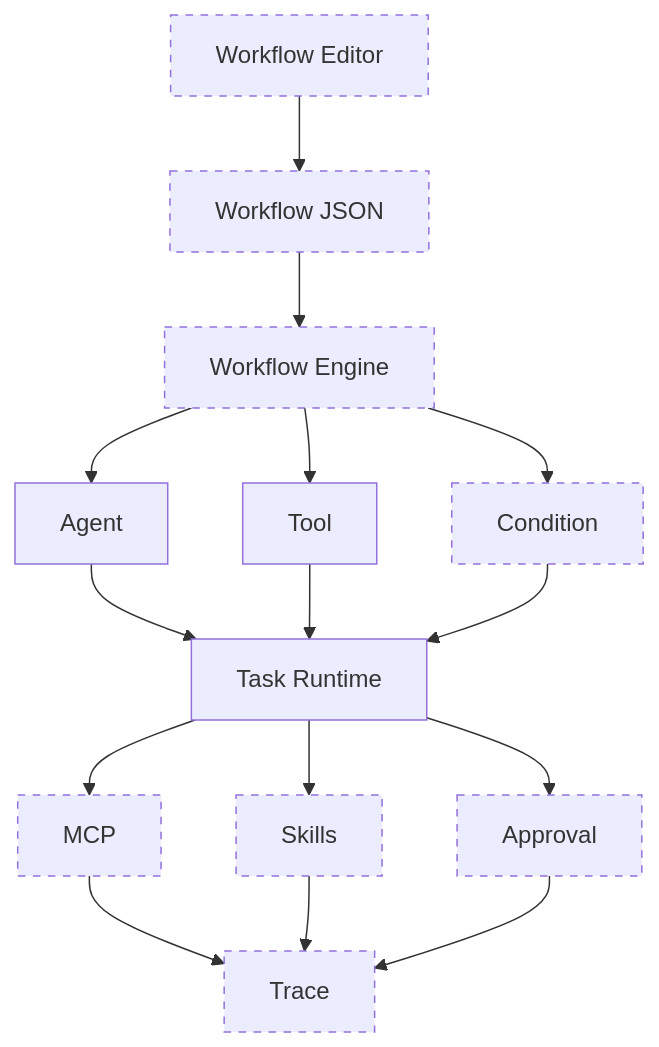
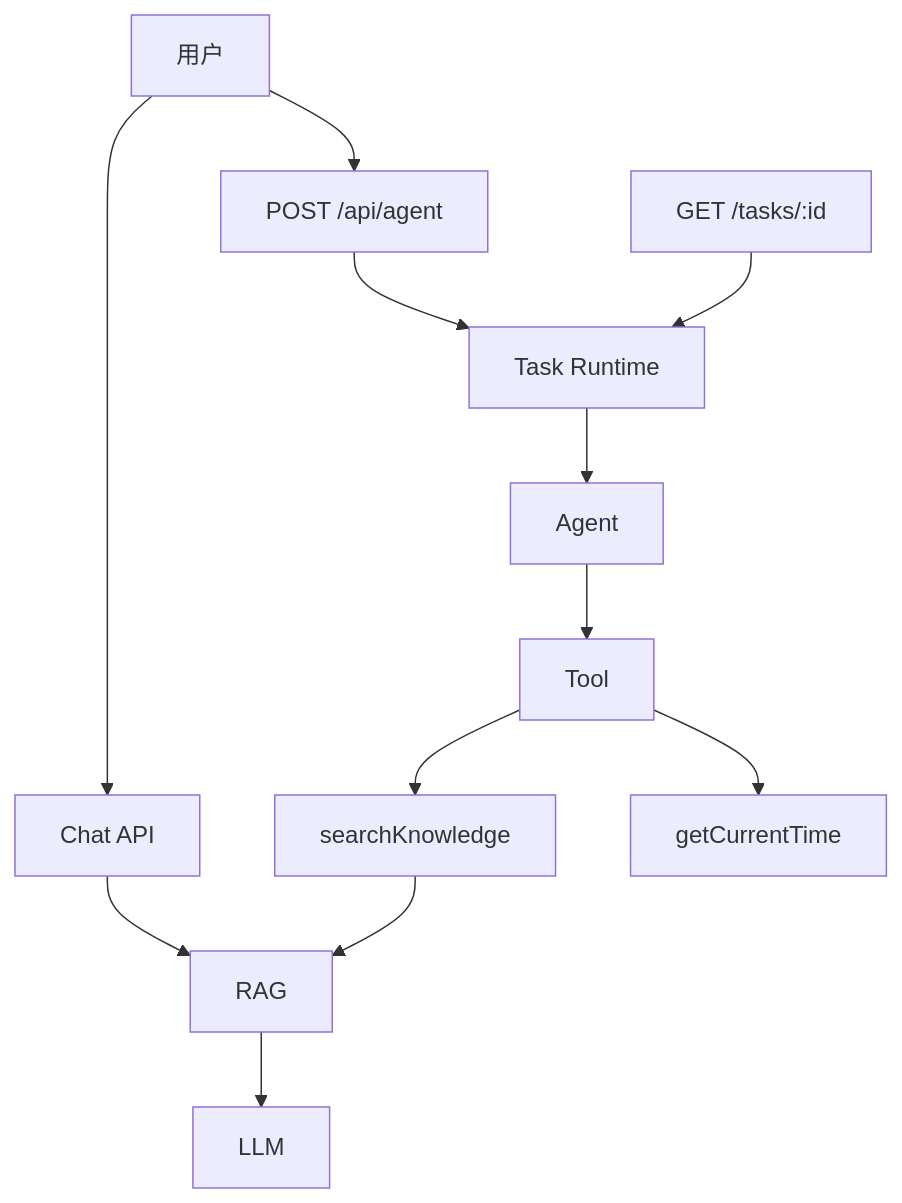
Before and after one commit to WaitingChen0117/agent-workbench: the first of 2 diagrams in docs/architecture/02-task-runtime.md, drawn with Mermaid. The commit also changed other lines of this file and 7 other files, not shown here.

Commit message:
Draw each version's architecture as the system that existed then.

````diff
--- a/docs/architecture/02-task-runtime.md
+++ b/docs/architecture/02-task-runtime.md
@@ -7,31 +7,13 @@
 ```mermaid
 flowchart TB
-  editor["Workflow Editor"]
-  json["Workflow JSON"]
-  engine["Workflow Engine"]
-  agent["Agent"]
-  tool["Tool"]
-  condition["Condition"]
-  runtime["Task Runtime"]
-  mcp["MCP"]
-  skills["Skills"]
-  approval["Approval"]
-  trace["Trace"]
-
-  editor --> json --> engine
-  engine --> agent
-  engine --> tool
-  engine --> condition
-  agent --> runtime
-  tool --> runtime
-  condition --> runtime
-  runtime --> mcp
-  runtime --> skills
-  runtime --> approval
-  mcp --> trace
-  skills --> trace
-  approval --> trace
-
-  classDef missing stroke-dasharray: 5 5
-  class editor,json,engine,condition,mcp,skills,approval,trace missing
+  user["用户"] --> chat["Chat API"]
+  user --> post["POST /api/agent"]
+  chat --> rag["RAG"] --> llm["LLM"]
+  post --> runtime["Task Runtime"]
+  runtime --> agent["Agent"]
+  agent --> tool["Tool"]
+  tool --> sk["searchKnowledge"]
+  tool --> time["getCurrentTime"]
+  sk --> rag
+  get["GET /tasks/:id"] --> runtime
 ```
````
